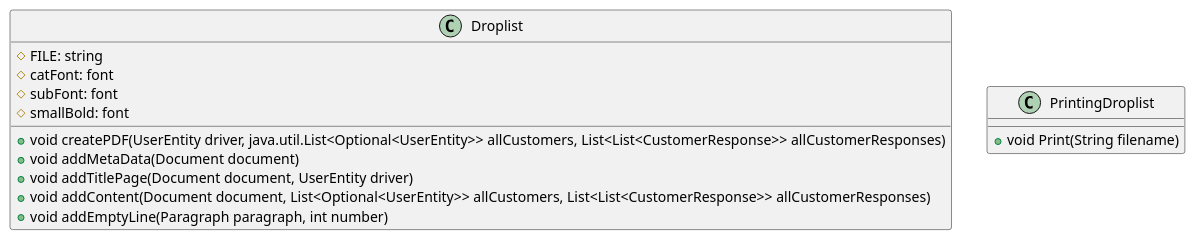
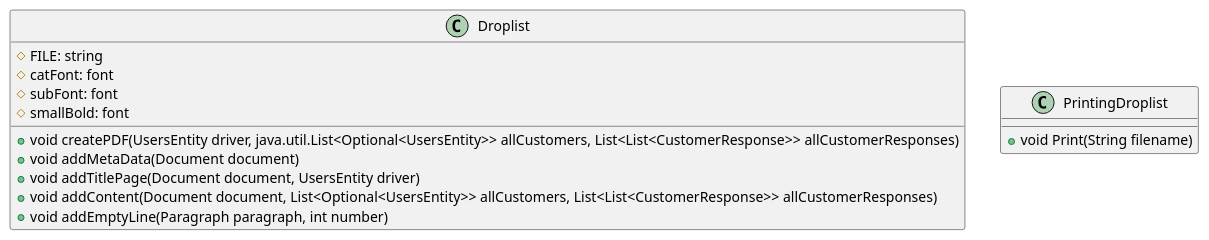
One commit to avahora866/dev-backend changed the diagram in src/main/java/com/milk4u/doorstep/delivery/pdf/pdf.puml. Above: the diagram before and after it, drawn with PlantUML. The commit also changed 15 other files, not shown here.

```diff
--- a/src/main/java/com/milk4u/doorstep/delivery/pdf/pdf.puml
+++ b/src/main/java/com/milk4u/doorstep/delivery/pdf/pdf.puml
@@ -1,20 +1,20 @@
 @startuml
 'https://plantuml.com/class-diagram
 
 class Droplist {
     #FILE: string
     #catFont: font
     #subFont: font
     #smallBold: font
-    +void createPDF(UserEntity driver, java.util.List<Optional<UserEntity>> allCustomers, List<List<CustomerResponse>> allCustomerResponses)
+    +void createPDF(UsersEntity driver, java.util.List<Optional<UsersEntity>> allCustomers, List<List<CustomerResponse>> allCustomerResponses)
     +void addMetaData(Document document)
-    +void addTitlePage(Document document, UserEntity driver)
-    +void addContent(Document document, List<Optional<UserEntity>> allCustomers, List<List<CustomerResponse>> allCustomerResponses)
+    +void addTitlePage(Document document, UsersEntity driver)
+    +void addContent(Document document, List<Optional<UsersEntity>> allCustomers, List<List<CustomerResponse>> allCustomerResponses)
     +void addEmptyLine(Paragraph paragraph, int number)
 }
 
 class PrintingDroplist {
     +void Print(String filename)
 }
 
 @enduml
```
